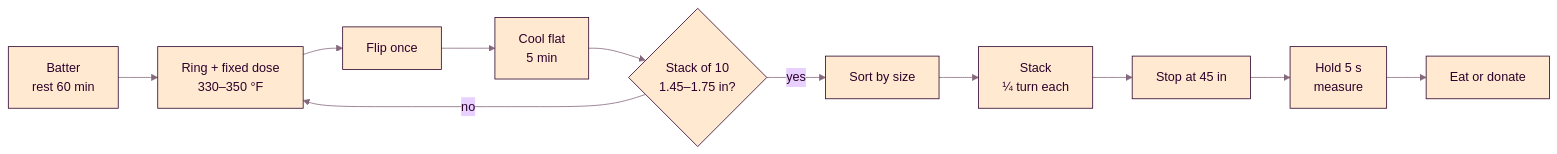
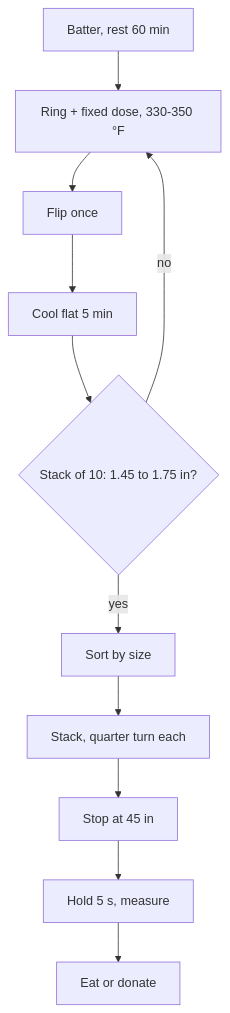
One commit to AGIFutureFoundation/full-stack changed the diagram in README.md. Above: the diagram before and after it, drawn with Mermaid.

Commit message:
README: simpler flow diagram that GitHub renders
Claude-Session: https://claude.ai/code/session_018RXww4Ydv53UsA1HCCK3Eg

````diff
--- a/README.md
+++ b/README.md
@@ -61,14 +61,13 @@
 ```mermaid
-%%{init: {'theme':'base','themeVariables':{'primaryColor':'#FFE9D1','primaryBorderColor':'#2C002A','primaryTextColor':'#2C002A','lineColor':'#85687C','fontFamily':'Geist, Helvetica, Arial, sans-serif'}}}%%
-flowchart LR
-  A[Batter<br/>rest 60 min] --> B[Ring + fixed dose<br/>330–350 °F]
-  B --> C[Flip once]
-  C --> D[Cool flat<br/>5 min]
-  D --> E{Stack of 10<br/>1.45–1.75 in?}
+flowchart TD
+  A["Batter, rest 60 min"] --> B["Ring + fixed dose, 330-350 °F"]
+  B --> C["Flip once"]
+  C --> D["Cool flat 5 min"]
+  D --> E{"Stack of 10: 1.45 to 1.75 in?"}
   E -- no --> B
-  E -- yes --> F[Sort by size]
-  F --> G[Stack<br/>¼ turn each]
-  G --> H[Stop at 45 in]
-  H --> I[Hold 5 s<br/>measure]
-  I --> J[Eat or donate]
+  E -- yes --> F["Sort by size"]
+  F --> G["Stack, quarter turn each"]
+  G --> H["Stop at 45 in"]
+  H --> I["Hold 5 s, measure"]
+  I --> J["Eat or donate"]
 ```
````
